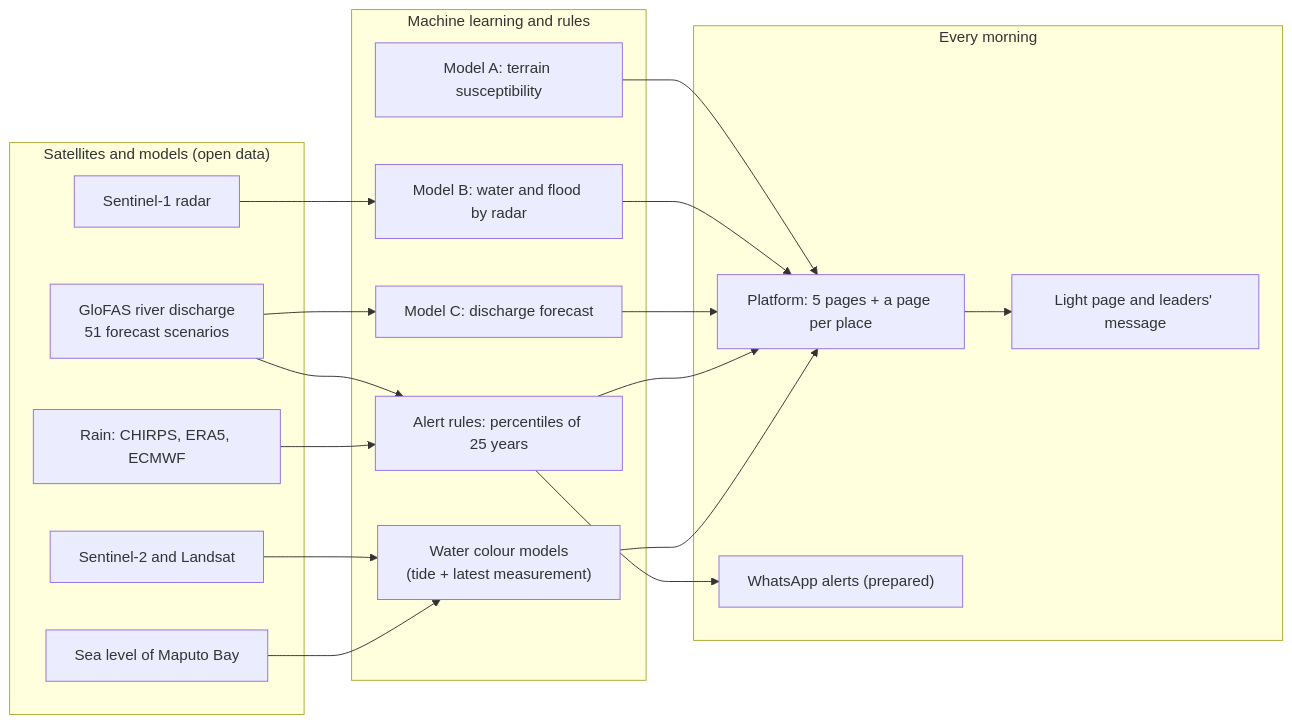
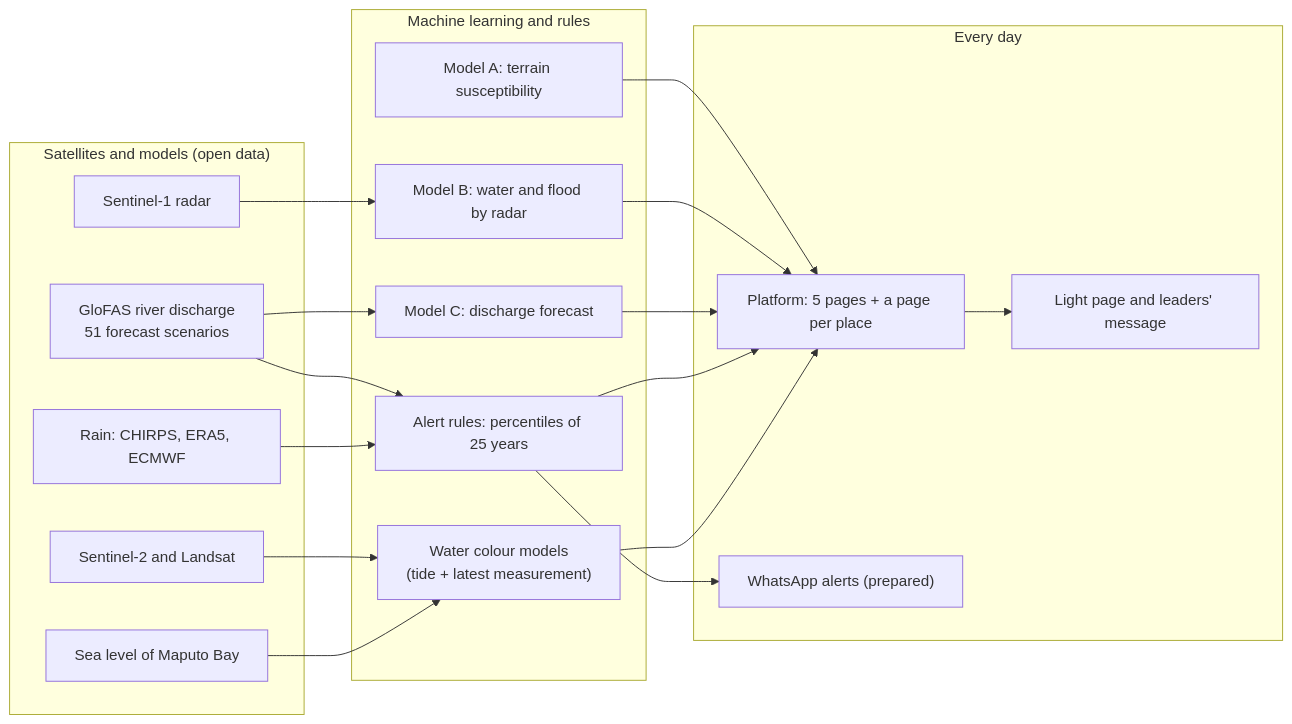
One commit to EzequiasMiocha/ete-platform changed the diagram in documentation/01-project-overview.md. Above: the diagram before and after it, drawn with Mermaid. The commit also changed other lines of this file and 7 other files, not shown here.

````diff
--- a/documentation/01-project-overview.md
+++ b/documentation/01-project-overview.md
@@ -67,35 +67,35 @@
 ```mermaid
 flowchart LR
     subgraph Space["Satellites and models (open data)"]
         S1["Sentinel-1 radar"]
         S2["Sentinel-2 and Landsat"]
         GF["GloFAS river discharge<br/>51 forecast scenarios"]
         RN["Rain: CHIRPS, ERA5, ECMWF"]
         TD["Sea level of Maputo Bay"]
     end
     subgraph ML["Machine learning and rules"]
         A["Model A: terrain susceptibility"]
         B["Model B: water and flood by radar"]
         C["Model C: discharge forecast"]
         R["Alert rules: percentiles of 25 years"]
         Q["Water colour models<br/>(tide + latest measurement)"]
     end
-    subgraph Out["Every morning"]
+    subgraph Out["Every day"]
         P["Platform: 5 pages + a page per place"]
         L["Light page and leaders' message"]
         W["WhatsApp alerts (prepared)"]
     end
     S1 --> B
     S2 --> Q
     GF --> R
     GF --> C
     RN --> R
     TD --> Q
     A --> P
     B --> P
     C --> P
     R --> P
     Q --> P
     P --> L
     R --> W
 ```
````
